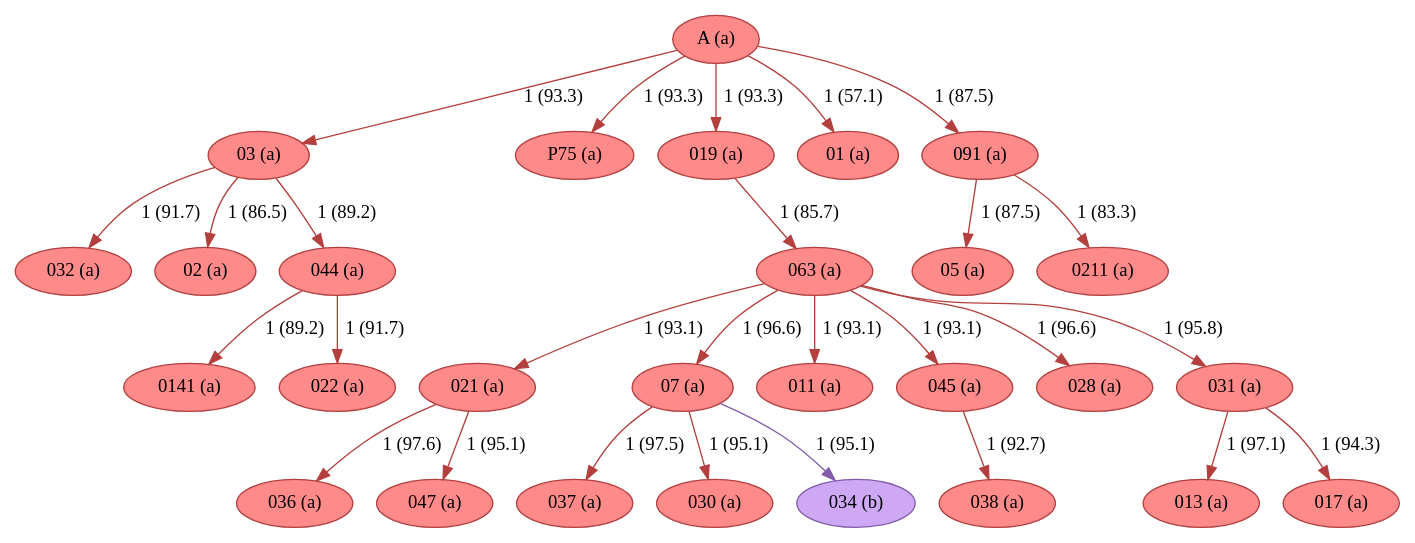
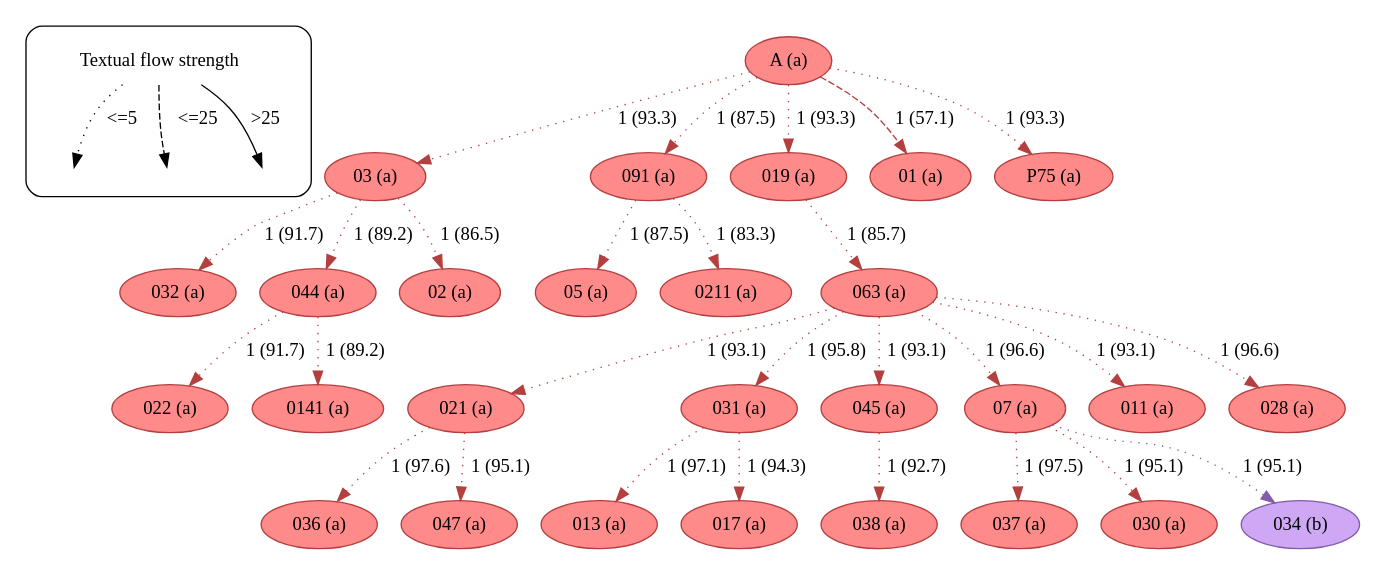
Before and after one commit to edmondac/CBGM: the diagram in example/c2/textual_flow_22_68-70_c2.dot, drawn with Graphviz. The commit also changed 167 other files, not shown here.

```diff
--- a/example/c2/textual_flow_22_68-70_c2.dot
+++ b/example/c2/textual_flow_22_68-70_c2.dot
@@ -1,57 +1,219 @@
-strict digraph G {
-"013 (a)" [fillcolor="#FF8A8A", color="#b43f3f", style=filled];
-"017 (a)" [fillcolor="#FF8A8A", color="#b43f3f", style=filled];
-"032 (a)" [fillcolor="#FF8A8A", color="#b43f3f", style=filled];
-"021 (a)" [fillcolor="#FF8A8A", color="#b43f3f", style=filled];
-"037 (a)" [fillcolor="#FF8A8A", color="#b43f3f", style=filled];
-"05 (a)" [fillcolor="#FF8A8A", color="#b43f3f", style=filled];
-"02 (a)" [fillcolor="#FF8A8A", color="#b43f3f", style=filled];
-"036 (a)" [fillcolor="#FF8A8A", color="#b43f3f", style=filled];
-"07 (a)" [fillcolor="#FF8A8A", color="#b43f3f", style=filled];
-"03 (a)" [fillcolor="#FF8A8A", color="#b43f3f", style=filled];
-"P75 (a)" [fillcolor="#FF8A8A", color="#b43f3f", style=filled];
-"038 (a)" [fillcolor="#FF8A8A", color="#b43f3f", style=filled];
-"A (a)" [fillcolor="#FF8A8A", color="#b43f3f", style=filled];
-"019 (a)" [fillcolor="#FF8A8A", color="#b43f3f", style=filled];
-"0141 (a)" [fillcolor="#FF8A8A", color="#b43f3f", style=filled];
-"0211 (a)" [fillcolor="#FF8A8A", color="#b43f3f", style=filled];
-"01 (a)" [fillcolor="#FF8A8A", color="#b43f3f", style=filled];
-"091 (a)" [fillcolor="#FF8A8A", color="#b43f3f", style=filled];
-"011 (a)" [fillcolor="#FF8A8A", color="#b43f3f", style=filled];
-"045 (a)" [fillcolor="#FF8A8A", color="#b43f3f", style=filled];
-"030 (a)" [fillcolor="#FF8A8A", color="#b43f3f", style=filled];
-"028 (a)" [fillcolor="#FF8A8A", color="#b43f3f", style=filled];
-"022 (a)" [fillcolor="#FF8A8A", color="#b43f3f", style=filled];
-"047 (a)" [fillcolor="#FF8A8A", color="#b43f3f", style=filled];
-"044 (a)" [fillcolor="#FF8A8A", color="#b43f3f", style=filled];
-"063 (a)" [fillcolor="#FF8A8A", color="#b43f3f", style=filled];
-"031 (a)" [fillcolor="#FF8A8A", color="#b43f3f", style=filled];
-"034 (b)" [fillcolor="#CEA8F4", color="#835da9", style=filled];
-"021 (a)" -> "036 (a)"  [color="#b43f3f", label="1 (97.6)"];
-"021 (a)" -> "047 (a)"  [color="#b43f3f", label="1 (95.1)"];
-"07 (a)" -> "030 (a)"  [color="#b43f3f", label="1 (95.1)"];
-"07 (a)" -> "037 (a)"  [color="#b43f3f", label="1 (97.5)"];
-"07 (a)" -> "034 (b)"  [color="#835da9", label="1 (95.1)"];
-"03 (a)" -> "044 (a)"  [color="#b43f3f", label="1 (89.2)"];
-"03 (a)" -> "032 (a)"  [color="#b43f3f", label="1 (91.7)"];
-"03 (a)" -> "02 (a)"  [color="#b43f3f", label="1 (86.5)"];
-"A (a)" -> "03 (a)"  [color="#b43f3f", label="1 (93.3)"];
-"A (a)" -> "01 (a)"  [color="#b43f3f", label="1 (57.1)"];
-"A (a)" -> "P75 (a)"  [color="#b43f3f", label="1 (93.3)"];
-"A (a)" -> "019 (a)"  [color="#b43f3f", label="1 (93.3)"];
-"A (a)" -> "091 (a)"  [color="#b43f3f", label="1 (87.5)"];
-"019 (a)" -> "063 (a)"  [color="#b43f3f", label="1 (85.7)"];
-"091 (a)" -> "0211 (a)"  [color="#b43f3f", label="1 (83.3)"];
-"091 (a)" -> "05 (a)"  [color="#b43f3f", label="1 (87.5)"];
-"045 (a)" -> "038 (a)"  [color="#b43f3f", label="1 (92.7)"];
-"044 (a)" -> "022 (a)"  [color="#b43f3f", label="1 (91.7)"];
-"044 (a)" -> "0141 (a)"  [color="#b43f3f", label="1 (89.2)"];
-"063 (a)" -> "045 (a)"  [color="#b43f3f", label="1 (93.1)"];
-"063 (a)" -> "028 (a)"  [color="#b43f3f", label="1 (96.6)"];
-"063 (a)" -> "011 (a)"  [color="#b43f3f", label="1 (93.1)"];
-"063 (a)" -> "07 (a)"  [color="#b43f3f", label="1 (96.6)"];
-"063 (a)" -> "021 (a)"  [color="#b43f3f", label="1 (93.1)"];
-"063 (a)" -> "031 (a)"  [color="#b43f3f", label="1 (95.8)"];
-"031 (a)" -> "013 (a)"  [color="#b43f3f", label="1 (97.1)"];
-"031 (a)" -> "017 (a)"  [color="#b43f3f", label="1 (94.3)"];
+strict digraph  {
+	node [label="\N"];
+	subgraph cluster_legend {
+		graph [style=rounded];
+		leg_s		 [label="Textual flow strength",
+			shape=plaintext];
+		leg_e1		 [fixedsize=True,
+			height=0.2,
+			label="",
+			style=invis];
+		leg_s -> leg_e1		 [label="<=5  ",
+			style=dotted];
+		leg_e2		 [fixedsize=True,
+			height=0.2,
+			label="",
+			style=invis];
+		leg_s -> leg_e2		 [label="  <=25",
+			style=dashed];
+		leg_e3		 [fixedsize=True,
+			height=0.2,
+			label="",
+			style=invis];
+		leg_s -> leg_e3		 [label=">25",
+			style=solid];
+	}
+	021	 [color="#b43f3f",
+		fillcolor="#FF8A8A",
+		label="021 (a)",
+		style=filled];
+	036	 [color="#b43f3f",
+		fillcolor="#FF8A8A",
+		label="036 (a)",
+		style=filled];
+	021 -> 036	 [color="#b43f3f",
+		label="1 (97.6)",
+		style=dotted];
+	047	 [color="#b43f3f",
+		fillcolor="#FF8A8A",
+		label="047 (a)",
+		style=filled];
+	021 -> 047	 [color="#b43f3f",
+		label="1 (95.1)",
+		style=dotted];
+	03	 [color="#b43f3f",
+		fillcolor="#FF8A8A",
+		label="03 (a)",
+		style=filled];
+	032	 [color="#b43f3f",
+		fillcolor="#FF8A8A",
+		label="032 (a)",
+		style=filled];
+	03 -> 032	 [color="#b43f3f",
+		label="1 (91.7)",
+		style=dotted];
+	044	 [color="#b43f3f",
+		fillcolor="#FF8A8A",
+		label="044 (a)",
+		style=filled];
+	03 -> 044	 [color="#b43f3f",
+		label="1 (89.2)",
+		style=dotted];
+	02	 [color="#b43f3f",
+		fillcolor="#FF8A8A",
+		label="02 (a)",
+		style=filled];
+	03 -> 02	 [color="#b43f3f",
+		label="1 (86.5)",
+		style=dotted];
+	031	 [color="#b43f3f",
+		fillcolor="#FF8A8A",
+		label="031 (a)",
+		style=filled];
+	013	 [color="#b43f3f",
+		fillcolor="#FF8A8A",
+		label="013 (a)",
+		style=filled];
+	031 -> 013	 [color="#b43f3f",
+		label="1 (97.1)",
+		style=dotted];
+	017	 [color="#b43f3f",
+		fillcolor="#FF8A8A",
+		label="017 (a)",
+		style=filled];
+	031 -> 017	 [color="#b43f3f",
+		label="1 (94.3)",
+		style=dotted];
+	063	 [color="#b43f3f",
+		fillcolor="#FF8A8A",
+		label="063 (a)",
+		style=filled];
+	063 -> 021	 [color="#b43f3f",
+		label="1 (93.1)",
+		style=dotted];
+	063 -> 031	 [color="#b43f3f",
+		label="1 (95.8)",
+		style=dotted];
+	045	 [color="#b43f3f",
+		fillcolor="#FF8A8A",
+		label="045 (a)",
+		style=filled];
+	063 -> 045	 [color="#b43f3f",
+		label="1 (93.1)",
+		style=dotted];
+	07	 [color="#b43f3f",
+		fillcolor="#FF8A8A",
+		label="07 (a)",
+		style=filled];
+	063 -> 07	 [color="#b43f3f",
+		label="1 (96.6)",
+		style=dotted];
+	011	 [color="#b43f3f",
+		fillcolor="#FF8A8A",
+		label="011 (a)",
+		style=filled];
+	063 -> 011	 [color="#b43f3f",
+		label="1 (93.1)",
+		style=dotted];
+	028	 [color="#b43f3f",
+		fillcolor="#FF8A8A",
+		label="028 (a)",
+		style=filled];
+	063 -> 028	 [color="#b43f3f",
+		label="1 (96.6)",
+		style=dotted];
+	038	 [color="#b43f3f",
+		fillcolor="#FF8A8A",
+		label="038 (a)",
+		style=filled];
+	045 -> 038	 [color="#b43f3f",
+		label="1 (92.7)",
+		style=dotted];
+	091	 [color="#b43f3f",
+		fillcolor="#FF8A8A",
+		label="091 (a)",
+		style=filled];
+	05	 [color="#b43f3f",
+		fillcolor="#FF8A8A",
+		label="05 (a)",
+		style=filled];
+	091 -> 05	 [color="#b43f3f",
+		label="1 (87.5)",
+		style=dotted];
+	0211	 [color="#b43f3f",
+		fillcolor="#FF8A8A",
+		label="0211 (a)",
+		style=filled];
+	091 -> 0211	 [color="#b43f3f",
+		label="1 (83.3)",
+		style=dotted];
+	037	 [color="#b43f3f",
+		fillcolor="#FF8A8A",
+		label="037 (a)",
+		style=filled];
+	07 -> 037	 [color="#b43f3f",
+		label="1 (97.5)",
+		style=dotted];
+	030	 [color="#b43f3f",
+		fillcolor="#FF8A8A",
+		label="030 (a)",
+		style=filled];
+	07 -> 030	 [color="#b43f3f",
+		label="1 (95.1)",
+		style=dotted];
+	034	 [color="#835da9",
+		fillcolor="#CEA8F4",
+		label="034 (b)",
+		style=filled];
+	07 -> 034	 [color="#835da9",
+		label="1 (95.1)",
+		style=dotted];
+	A	 [color="#b43f3f",
+		fillcolor="#FF8A8A",
+		label="A (a)",
+		style=filled];
+	A -> 03	 [color="#b43f3f",
+		label="1 (93.3)",
+		style=dotted];
+	A -> 091	 [color="#b43f3f",
+		label="1 (87.5)",
+		style=dotted];
+	019	 [color="#b43f3f",
+		fillcolor="#FF8A8A",
+		label="019 (a)",
+		style=filled];
+	A -> 019	 [color="#b43f3f",
+		label="1 (93.3)",
+		style=dotted];
+	01	 [color="#b43f3f",
+		fillcolor="#FF8A8A",
+		label="01 (a)",
+		style=filled];
+	A -> 01	 [color="#b43f3f",
+		label="1 (57.1)",
+		style=dashed];
+	P75	 [color="#b43f3f",
+		fillcolor="#FF8A8A",
+		label="P75 (a)",
+		style=filled];
+	A -> P75	 [color="#b43f3f",
+		label="1 (93.3)",
+		style=dotted];
+	019 -> 063	 [color="#b43f3f",
+		label="1 (85.7)",
+		style=dotted];
+	022	 [color="#b43f3f",
+		fillcolor="#FF8A8A",
+		label="022 (a)",
+		style=filled];
+	044 -> 022	 [color="#b43f3f",
+		label="1 (91.7)",
+		style=dotted];
+	0141	 [color="#b43f3f",
+		fillcolor="#FF8A8A",
+		label="0141 (a)",
+		style=filled];
+	044 -> 0141	 [color="#b43f3f",
+		label="1 (89.2)",
+		style=dotted];
 }
```
